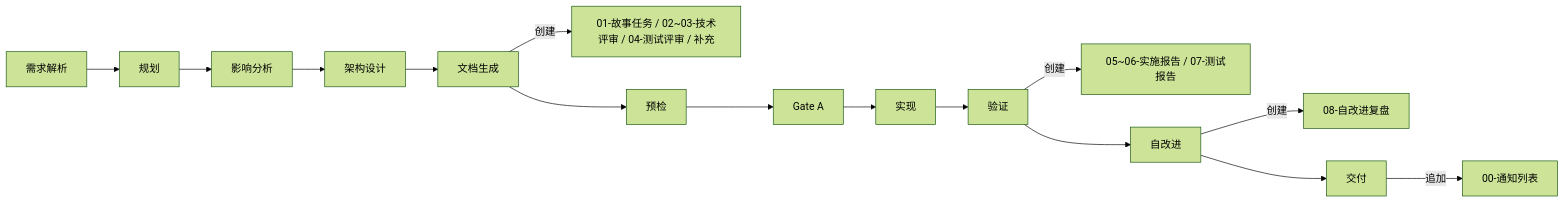
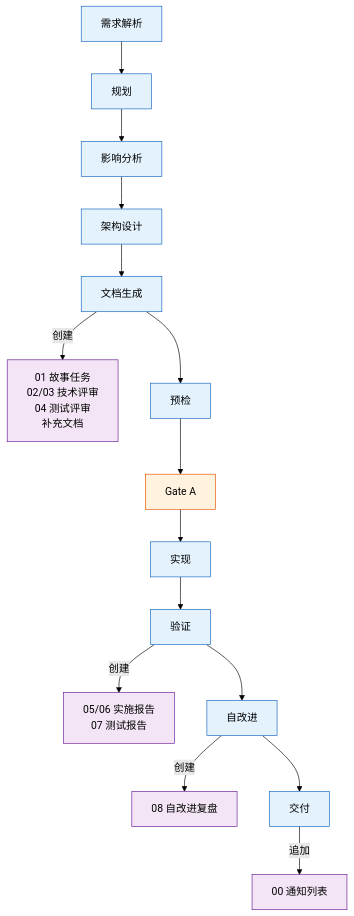
Before and after one commit to effiy/YrY: the sixth of 13 diagrams in skills/rui/coder.md, drawn with Mermaid (forest theme). The commit also changed other lines of this file and 18 other files, not shown here.

````diff
--- a/skills/rui/coder.md
+++ b/skills/rui/coder.md
@@ -115,9 +174,21 @@
 ```mermaid
-flowchart LR
-  A[需求解析] --> B[规划] --> C[影响分析] --> D[架构设计] --> E[文档生成]
-  E -->|创建| E1[01-故事任务 / 02~03-技术评审 / 04-测试评审 / 补充]
-  E --> F[预检] --> G[Gate A] --> H[实现] --> I[验证]
-  I -->|创建| I1[05~06-实施报告 / 07-测试报告]
-  I --> J[自改进] -->|创建| J1[08-自改进复盘]
-  J --> K[交付] -->|追加| K1[00-通知列表]
+flowchart TB
+    A["需求解析"]:::phase --> B["规划"]:::phase
+    B --> C["影响分析"]:::phase
+    C --> D["架构设计"]:::phase
+    D --> E["文档生成"]:::phase
+    E -->|"创建"| E1["01 故事任务<br/>02/03 技术评审<br/>04 测试评审<br/>补充文档"]:::create
+    E --> F["预检"]:::phase
+    F --> G["Gate A"]:::gate
+    G --> H["实现"]:::phase
+    H --> I["验证"]:::phase
+    I -->|"创建"| I1["05/06 实施报告<br/>07 测试报告"]:::create
+    I --> J["自改进"]:::phase
+    J -->|"创建"| J1["08 自改进复盘"]:::create
+    J --> K["交付"]:::phase
+    K -->|"追加"| K1["00 通知列表"]:::create
+
+    classDef phase fill:#e3f2fd,stroke:#1565c0;
+    classDef gate fill:#fff3e0,stroke:#e65100;
+    classDef create fill:#f3e5f5,stroke:#6a1b9a;
 ```
````
